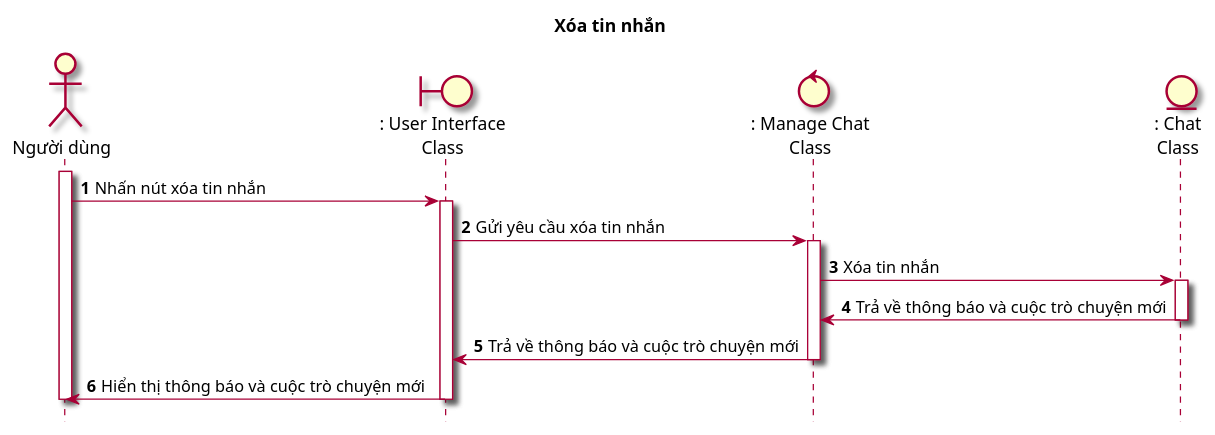
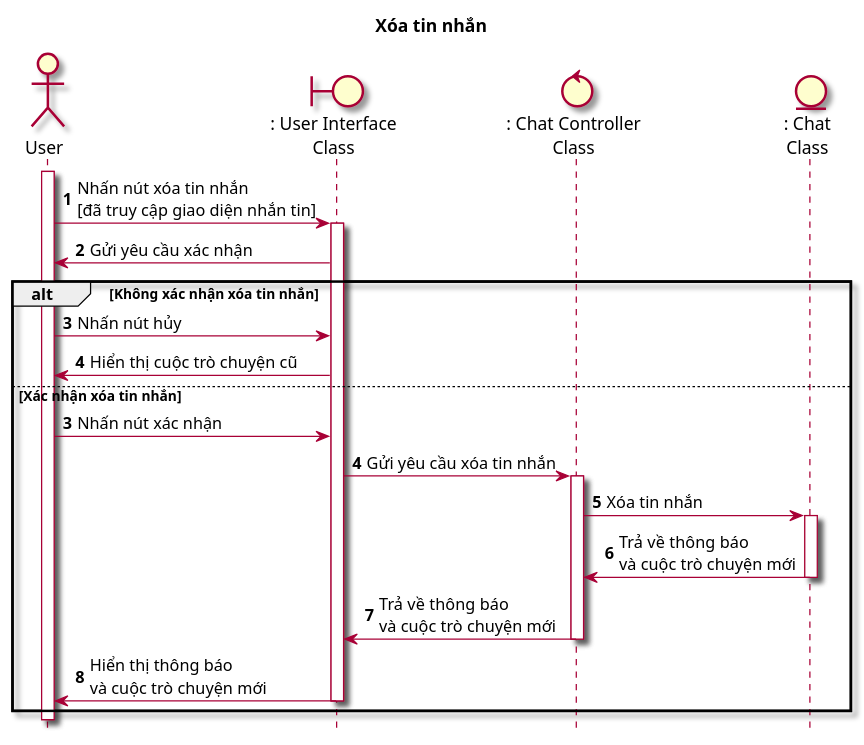
One commit to Griselda4774/EAS-EmploymentAssistanceSystem changed the diagram in Lab1/Lab 1.2 Diagram/Sequence/FilePUML/11.4. SeqXoaTinNhan.puml. Above: the diagram before and after it, drawn with PlantUML. The commit also changed 14 other files, not shown here.

```diff
--- a/Lab1/Lab 1.2 Diagram/Sequence/FilePUML/11.4. SeqXoaTinNhan.puml
+++ b/Lab1/Lab 1.2 Diagram/Sequence/FilePUML/11.4. SeqXoaTinNhan.puml
@@ -1,22 +1,30 @@
 @startuml SeqXoaTinNhan
 
 skin rose
 hide footbox
 title Xóa tin nhắn
 
-actor "Người dùng" as nguoiDung
+actor User as user
 boundary ": User Interface\nClass" as userInterface
-control ": Manage Chat\nClass" as manageChat
+control ": Chat Controller\nClass" as chatController
 entity ": Chat\nClass" as chat
 
 autonumber
-nguoiDung++
-nguoiDung -> userInterface++: Nhấn nút xóa tin nhắn
-userInterface -> manageChat++: Gửi yêu cầu xóa tin nhắn
-manageChat -> chat++: Xóa tin nhắn
-chat -> manageChat--: Trả về thông báo và cuộc trò chuyện mới
-manageChat -> userInterface--: Trả về thông báo và cuộc trò chuyện mới
-userInterface -> nguoiDung--: Hiển thị thông báo và cuộc trò chuyện mới
-nguoiDung--
+user++
+user -> userInterface++: Nhấn nút xóa tin nhắn\n[đã truy cập giao diện nhắn tin]
+userInterface -> user: Gửi yêu cầu xác nhận
+alt Không xác nhận xóa tin nhắn
+    user -> userInterface: Nhấn nút hủy
+    userInterface -> user: Hiển thị cuộc trò chuyện cũ
+else Xác nhận xóa tin nhắn
+    autonumber 3
+    user -> userInterface: Nhấn nút xác nhận
+    userInterface -> chatController++: Gửi yêu cầu xóa tin nhắn
+    chatController -> chat++: Xóa tin nhắn
+    chat -> chatController--: Trả về thông báo\nvà cuộc trò chuyện mới
+    chatController -> userInterface--: Trả về thông báo\nvà cuộc trò chuyện mới
+    userInterface -> user--: Hiển thị thông báo\nvà cuộc trò chuyện mới
+end
+user--
 
 @enduml
```
